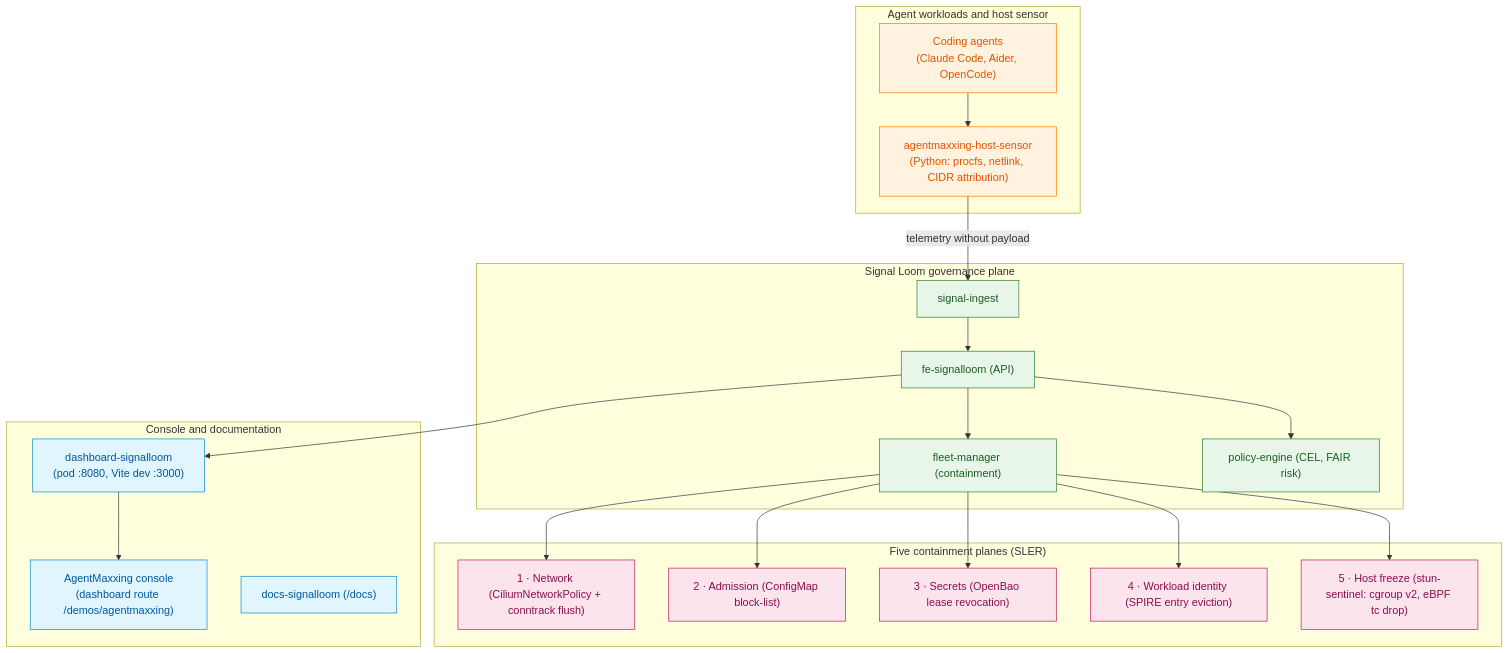
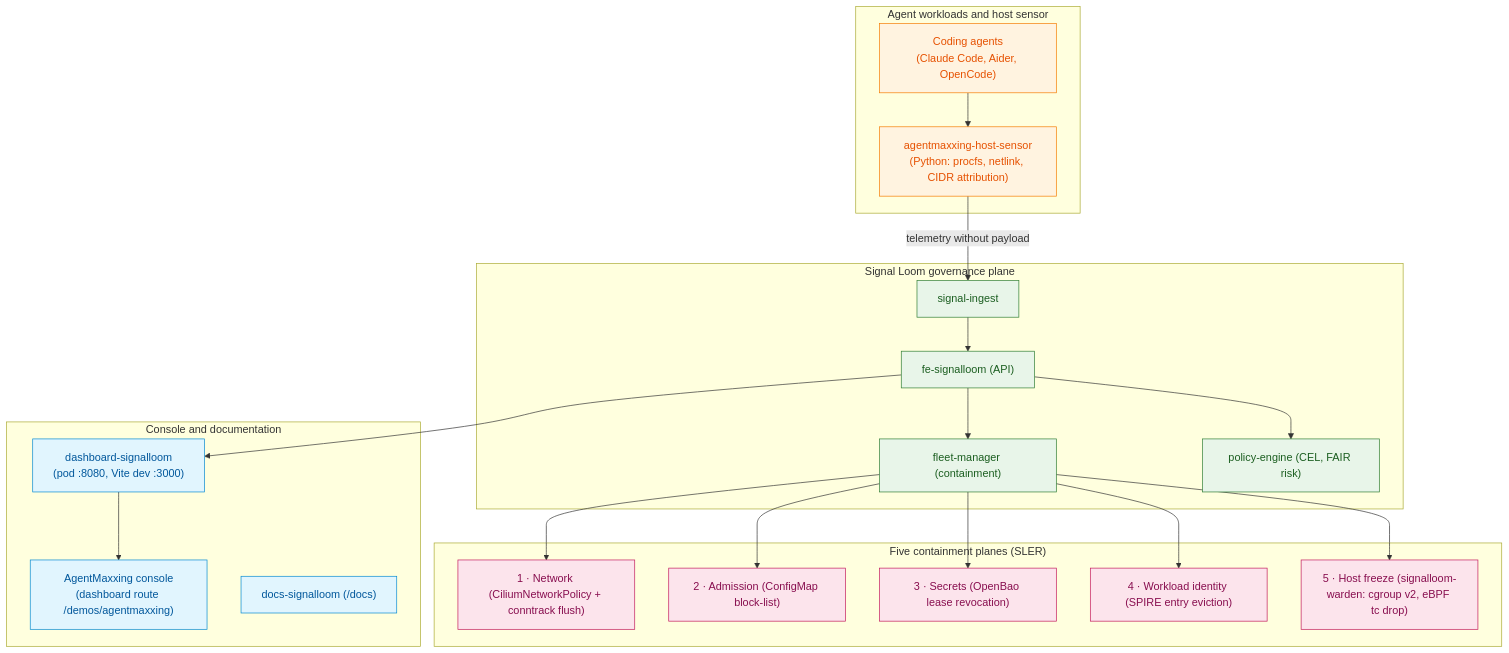
One commit to sublimino/architecture-as-code changed the second of 2 diagrams in README.md. Above: the diagram before and after it, drawn with Mermaid. The commit also changed 79 other files, not shown here.

Commit message:
test(sltm): rename tests and living docs to signalloom-warden and add guard

````diff
--- a/README.md
+++ b/README.md
@@ -124,50 +124,50 @@
 ```mermaid
 flowchart TB
   subgraph AGENTS["Agent workloads and host sensor"]
     CODING["Coding agents<br/>(Claude Code, Aider, OpenCode)"]
     SENSOR["agentmaxxing-host-sensor<br/>(Python: procfs, netlink, CIDR attribution)"]
     CODING --> SENSOR
   end
 
   subgraph CONTROL["Signal Loom governance plane"]
     API["fe-signalloom (API)"]
     FM["fleet-manager (containment)"]
     PE["policy-engine (CEL, FAIR risk)"]
     INGEST["signal-ingest"]
     SENSOR -- "telemetry without payload" --> INGEST
     INGEST --> API
     API --> FM
     API --> PE
   end
 
   subgraph PLANES["Five containment planes (SLER)"]
     P_MESH["1 · Network (CiliumNetworkPolicy + conntrack flush)"]
     P_ADM["2 · Admission (ConfigMap block-list)"]
     P_BAO["3 · Secrets (OpenBao lease revocation)"]
     P_SPIRE["4 · Workload identity (SPIRE entry eviction)"]
-    P_FREEZE["5 · Host freeze (stun-sentinel: cgroup v2, eBPF tc drop)"]
+    P_FREEZE["5 · Host freeze (signalloom-warden: cgroup v2, eBPF tc drop)"]
     FM --> P_MESH
     FM --> P_ADM
     FM --> P_BAO
     FM --> P_SPIRE
     FM --> P_FREEZE
   end
 
   subgraph UI["Console and documentation"]
     DASH["dashboard-signalloom<br/>(pod :8080, Vite dev :3000)"]
     AMXD["AgentMaxxing console<br/>(dashboard route /demos/agentmaxxing)"]
     DOCS["docs-signalloom (/docs)"]
   end
 
   API --> DASH
   DASH --> AMXD
 
   classDef agent fill:#fff3e0,stroke:#f57c00,color:#e65100;
   classDef ctrl fill:#e8f5e9,stroke:#2e7d32,color:#1b5e20;
   classDef plane fill:#fce4ec,stroke:#c2185b,color:#880e4f;
   classDef ui fill:#e1f5fe,stroke:#0288d1,color:#01579b;
   class CODING,SENSOR agent;
   class API,FM,PE,INGEST ctrl;
   class P_MESH,P_ADM,P_BAO,P_SPIRE,P_FREEZE plane;
   class DASH,AMXD,DOCS ui;
 ```
````
